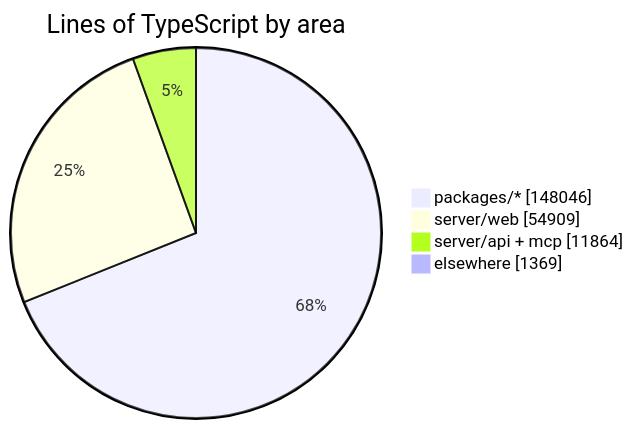
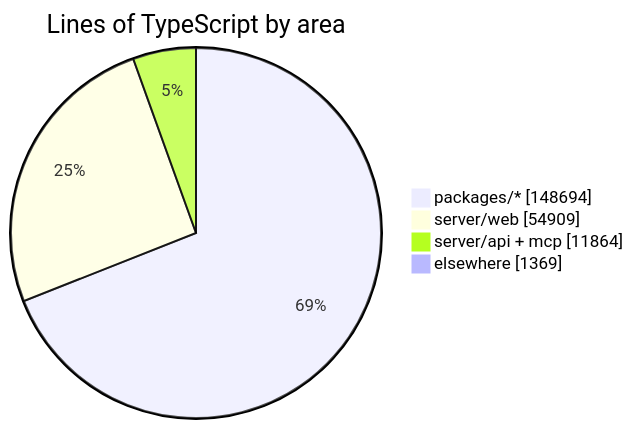
The diagram in README.md (crossworks-engineering/mantle), drawn with Mermaid before and after one commit. The commit also changed other lines of this file and 2 other files, not shown here.

````diff
--- a/README.md
+++ b/README.md
@@ -279,7 +279,7 @@
 ```mermaid
 pie showData title Lines of TypeScript by area
-    "packages/*" : 148046
+    "packages/*" : 148694
     "server/web" : 54909
     "server/api + mcp" : 11864
     "elsewhere" : 1369
 ```
````
